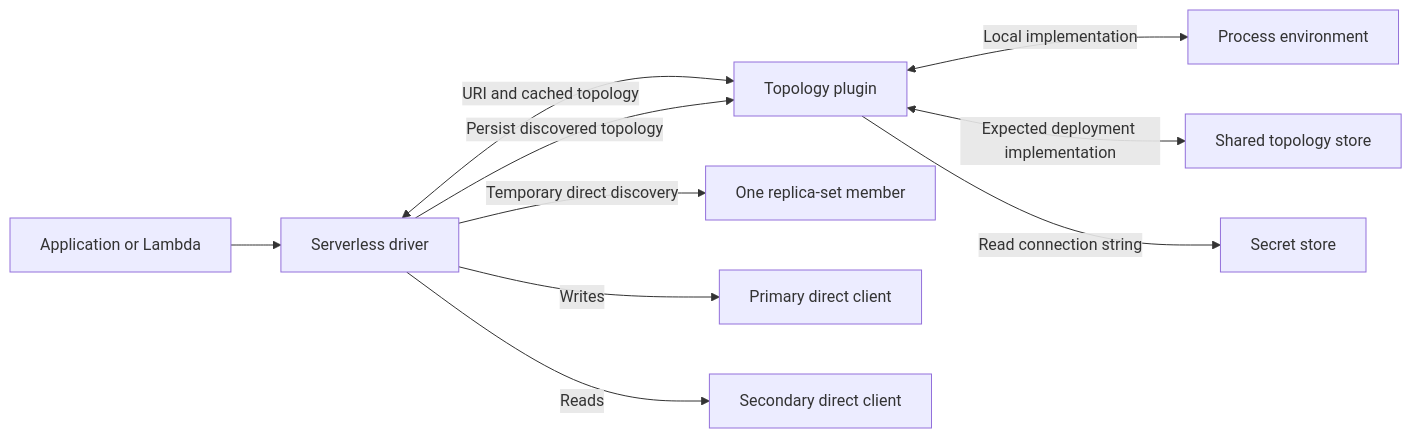
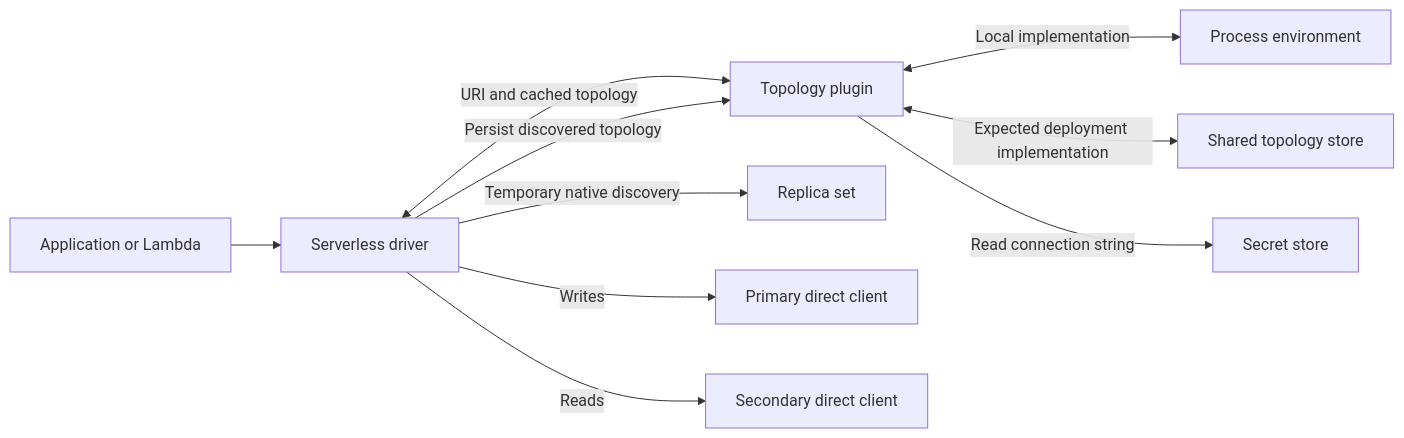
One commit to alexbevi/mongodb-serverless changed the first of 3 diagrams in docs/architecture.md. Above: the diagram before and after it, drawn with Mermaid. The commit also changed other lines of this file and 9 other files, not shown here.

Commit message:
refactor(driver): delegate initial discovery to native client

````diff
--- a/docs/architecture.md
+++ b/docs/architecture.md
@@ -15,12 +17,12 @@
 ```mermaid
 flowchart LR
     App[Application or Lambda] --> Driver[Serverless driver]
     Driver <-->|URI and cached topology| Plugin[Topology plugin]
     Driver -->|Persist discovered topology| Plugin
     Plugin <-->|Local implementation| Env[Process environment]
     Plugin <-->|Expected deployment implementation| Store[Shared topology store]
     Plugin -->|Read connection string| Secret[Secret store]
-    Driver -->|Temporary direct discovery| Member[One replica-set member]
+    Driver -->|Temporary native discovery| Cluster[Replica set]
     Driver -->|Writes| Primary[Primary direct client]
     Driver -->|Reads| Secondary[Secondary direct client]
 ```
````
